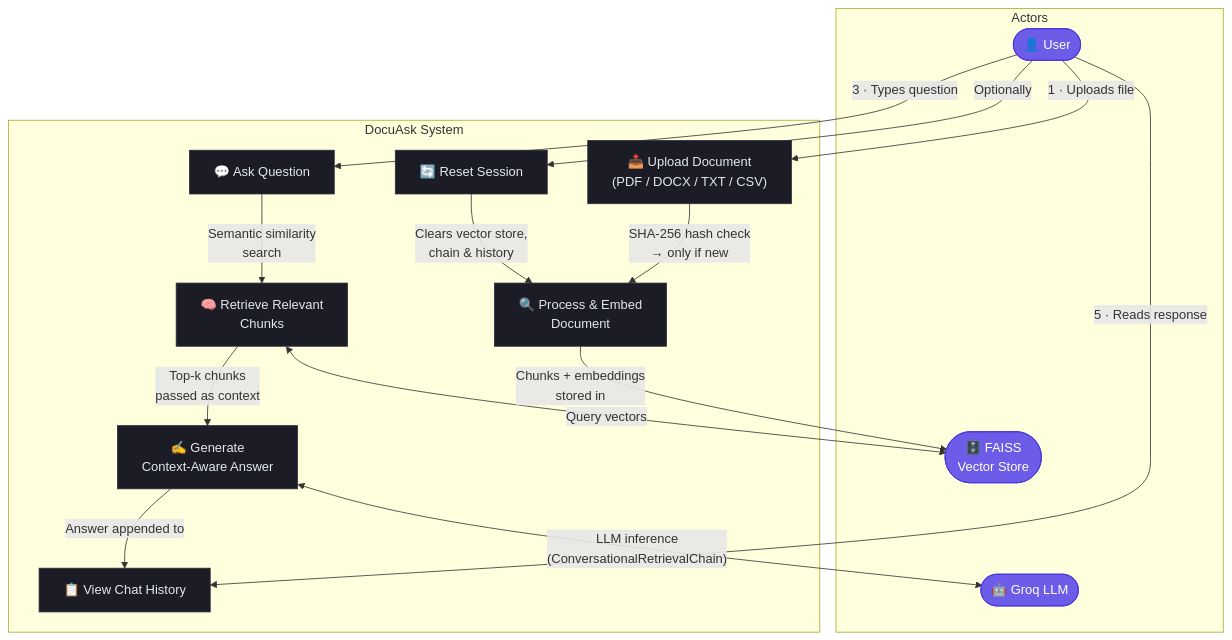
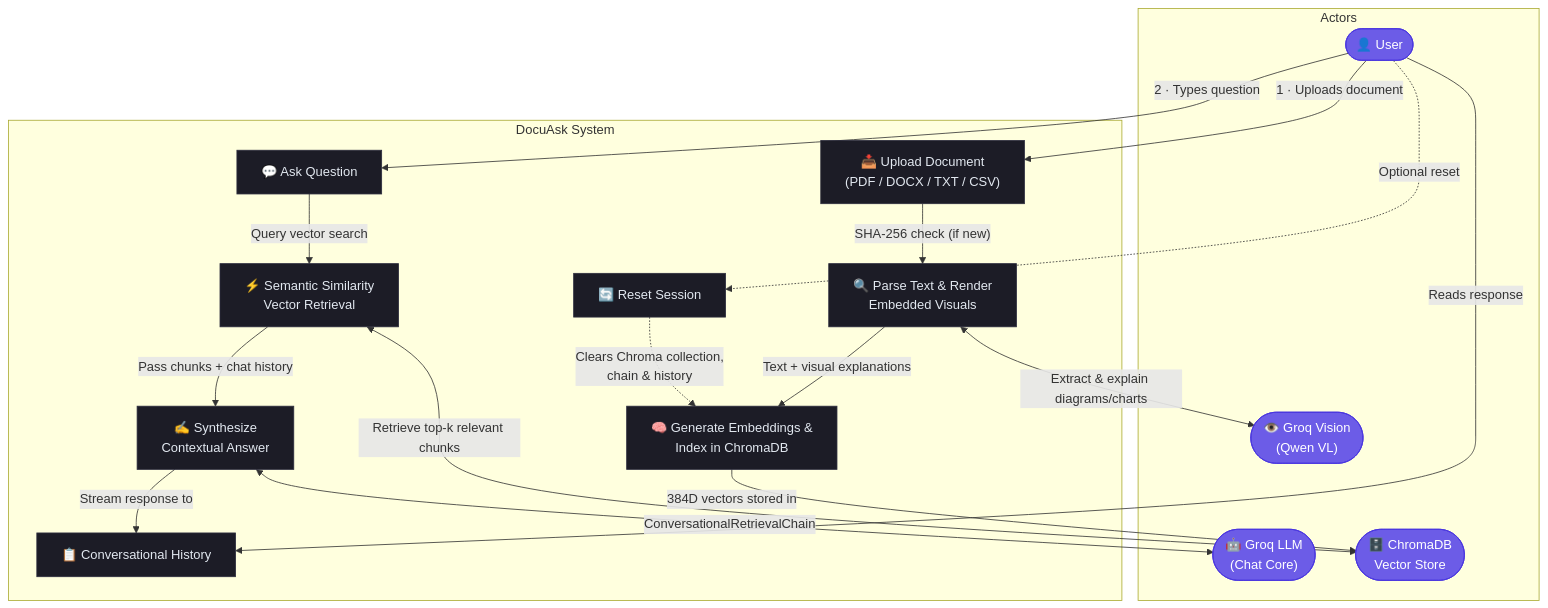
The diagram in README.md (Aniruddhasain7/DocuAsk), drawn with Mermaid before and after one commit. The commit also changed other lines of this file and 2 other files, not shown here.

Commit message:
feat: integrate ChromaDB, Groq Vision for diagram analysis, and update RAG pipeline documentation

````diff
--- a/README.md
+++ b/README.md
@@ -123,40 +126,46 @@
 ```mermaid
 flowchart TD
     subgraph Actors
         U(["👤 User"])
-        G(["🤖 Groq LLM"])
-        F(["🗄️ FAISS\nVector Store"])
+        GV(["👁️ Groq Vision\n(Qwen VL)"])
+        GL(["🤖 Groq LLM\n(Chat Core)"])
+        C(["🗄️ ChromaDB\nVector Store"])
     end
 
     subgraph DocuAsk System
         UC1["📥 Upload Document\n(PDF / DOCX / TXT / CSV)"]
-        UC2["🔍 Process & Embed\nDocument"]
-        UC3["💬 Ask Question"]
-        UC4["🧠 Retrieve Relevant\nChunks"]
-        UC5["✍️ Generate\nContext-Aware Answer"]
-        UC6["🔄 Reset Session"]
-        UC7["📋 View Chat History"]
+        UC2["🔍 Parse Text & Render\nEmbedded Visuals"]
+        UC3["🧠 Generate Embeddings &\nIndex in ChromaDB"]
+        UC4["💬 Ask Question"]
+        UC5["⚡ Semantic Similarity\nVector Retrieval"]
+        UC6["✍️ Synthesize\nContextual Answer"]
+        UC7["🔄 Reset Session"]
+        UC8["📋 Conversational History"]
     end
 
-    %% User interactions
-    U -->|"1 · Uploads file"| UC1
-    U -->|"3 · Types question"| UC3
-    U -->|"5 · Reads response"| UC7
-    U -->|"Optionally"| UC6
+    %% Ingestion flow
+    U -->|"1 · Uploads document"| UC1
+    UC1 -->|"SHA-256 check (if new)"| UC2
+    UC2 <-->|"Extract & explain diagrams/charts"| GV
+    UC2 -->|"Text + visual explanations"| UC3
+    UC3 -->|"384D vectors stored in"| C
 
-    %% Internal system flow
-    UC1 -->|"SHA-256 hash check\n→ only if new"| UC2
-    UC2 -->|"Chunks + embeddings\nstored in"| F
-    UC3 -->|"Semantic similarity\nsearch"| UC4
-    UC4 <-->|"Query vectors"| F
-    UC4 -->|"Top-k chunks\npassed as context"| UC5
-    UC5 <-->|"LLM inference\n(ConversationalRetrievalChain)"| G
-    UC5 -->|"Answer appended to"| UC7
-    UC6 -->|"Clears vector store,\nchain & history"| UC2
+    %% Query flow
+    U -->|"2 · Types question"| UC4
+    UC4 -->|"Query vector search"| UC5
+    UC5 <-->|"Retrieve top-k relevant chunks"| C
+    UC5 -->|"Pass chunks + chat history"| UC6
+    UC6 <-->|"ConversationalRetrievalChain"| GL
+    UC6 -->|"Stream response to"| UC8
+    U -->|"Reads response"| UC8
+
+    %% Reset flow
+    U -.->|"Optional reset"| UC7
+    UC7 -.->|"Clears Chroma collection,\nchain & history"| UC3
 
     %% Styling
     classDef actor fill:#6C5CE7,color:#fff,stroke:#4834DF,rx:8
     classDef usecase fill:#1C1C26,color:#E2E8F0,stroke:#2D2D3E
-    class U,G,F actor
-    class UC1,UC2,UC3,UC4,UC5,UC6,UC7 usecase
+    class U,GV,GL,C actor
+    class UC1,UC2,UC3,UC4,UC5,UC6,UC7,UC8 usecase
 ```
````
